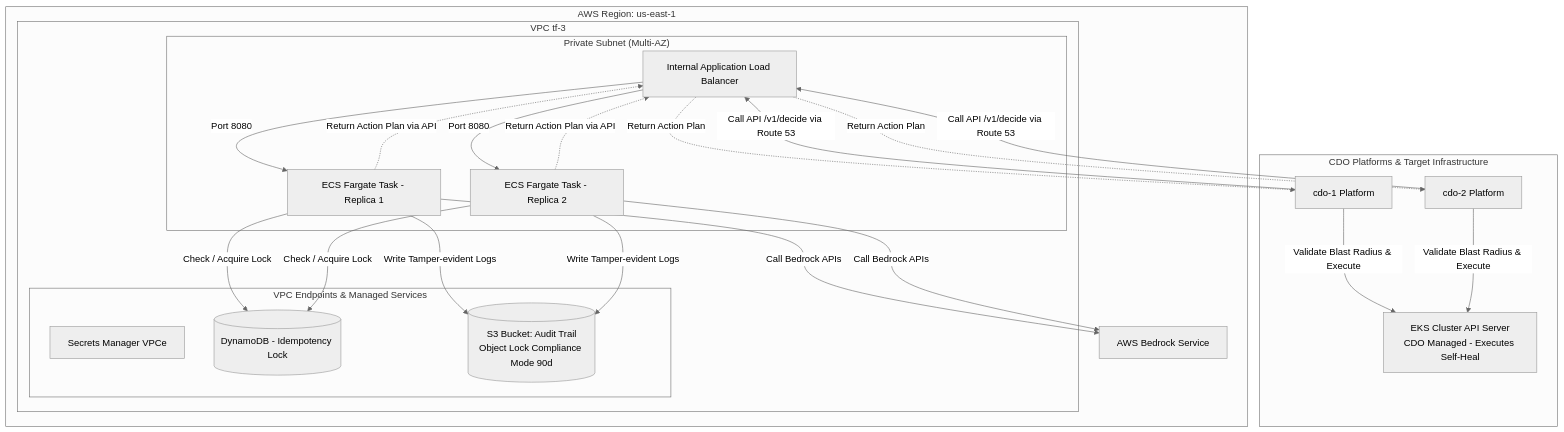
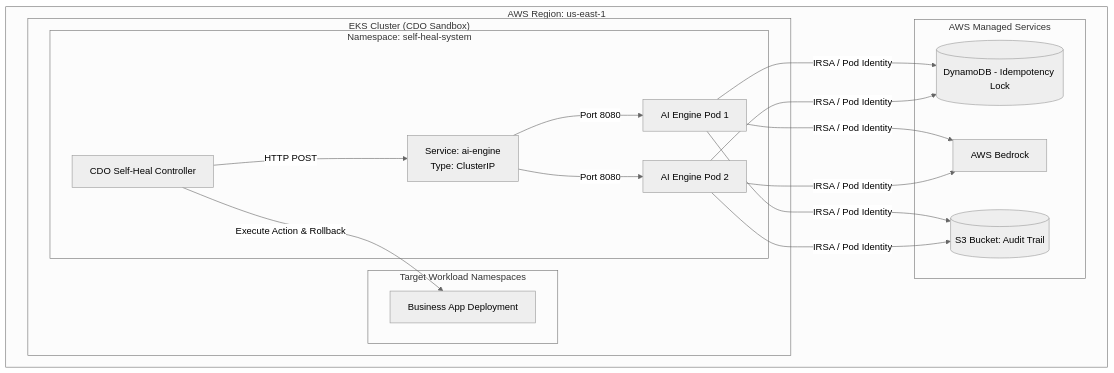
Before and after one commit to AIops-g4/Capstone-Phase-2-Code: the diagram in tf-3/ai/contracts/deployment-contract.md, drawn with Mermaid (neutral theme). The commit also changed other lines of this file and 44 other files, not shown here.

First line of the commit message:
feat(ai-engine): add standalone decide service and E2E test guide

````diff
--- a/tf-3/ai/contracts/deployment-contract.md
+++ b/tf-3/ai/contracts/deployment-contract.md
@@ -260,37 +252,35 @@
 ```mermaid
 graph TB
     subgraph "AWS Region: us-east-1"
-        subgraph "VPC tf-3"
-            subgraph "Private Subnet (Multi-AZ)"
-                ALB[Internal Application Load Balancer]
-                ECS1[ECS Fargate Task - Replica 1]
-                ECS2[ECS Fargate Task - Replica 2]
-                ALB -->|Port 8080| ECS1
-                ALB -->|Port 8080| ECS2
+        subgraph "EKS Cluster (CDO Sandbox)"
+            subgraph "Namespace: self-heal-system"
+                SVC[Service: ai-engine<br>Type: ClusterIP]
+                Pod1[AI Engine Pod 1]
+                Pod2[AI Engine Pod 2]
+                
+                Ctrl[CDO Self-Heal Controller]
+                
+                SVC -->|Port 8080| Pod1
+                SVC -->|Port 8080| Pod2
+                
+                Ctrl -->|HTTP POST| SVC
             end
             
-            subgraph "VPC Endpoints & Managed Services"
-                SM[Secrets Manager VPCe]
-                DDB[(DynamoDB - Idempotency Lock)]
-                S3[(S3 Bucket: Audit Trail<br>Object Lock Compliance Mode 90d)]
+            subgraph "Target Workload Namespaces"
+                BizApp[Business App Deployment]
             end
             
-            ECS1 & ECS2 -->|Check / Acquire Lock| DDB
-            ECS1 & ECS2 -->|Write Tamper-evident Logs| S3
-            ECS1 & ECS2 -.->|Return Action Plan via API| ALB
+            Ctrl -->|Execute Action & Rollback| BizApp
         end
         
-        Bedrock[AWS Bedrock Service]
-        ECS1 & ECS2 -->|Call Bedrock APIs| Bedrock
+        subgraph "AWS Managed Services"
+            DDB[(DynamoDB - Idempotency Lock)]
+            S3[(S3 Bucket: Audit Trail)]
+            Bedrock[AWS Bedrock]
+        end
+        
+        Pod1 & Pod2 -->|IRSA / Pod Identity| Bedrock
+        Pod1 & Pod2 -->|IRSA / Pod Identity| DDB
+        Pod1 & Pod2 -->|IRSA / Pod Identity| S3
     end
-
-    subgraph "CDO Platforms & Target Infrastructure"
-        CDO1[cdo-1 Platform]
-        CDO2[cdo-2 Platform]
-        EKS_API[EKS Cluster API Server<br>CDO Managed - Executes Self-Heal]
-    end
-
-    CDO1 & CDO2 -->|Call API /v1/decide via Route 53| ALB
-    ALB -.->|Return Action Plan| CDO1 & CDO2
-    CDO1 & CDO2 -->|Validate Blast Radius & Execute| EKS_API
 ```
````
